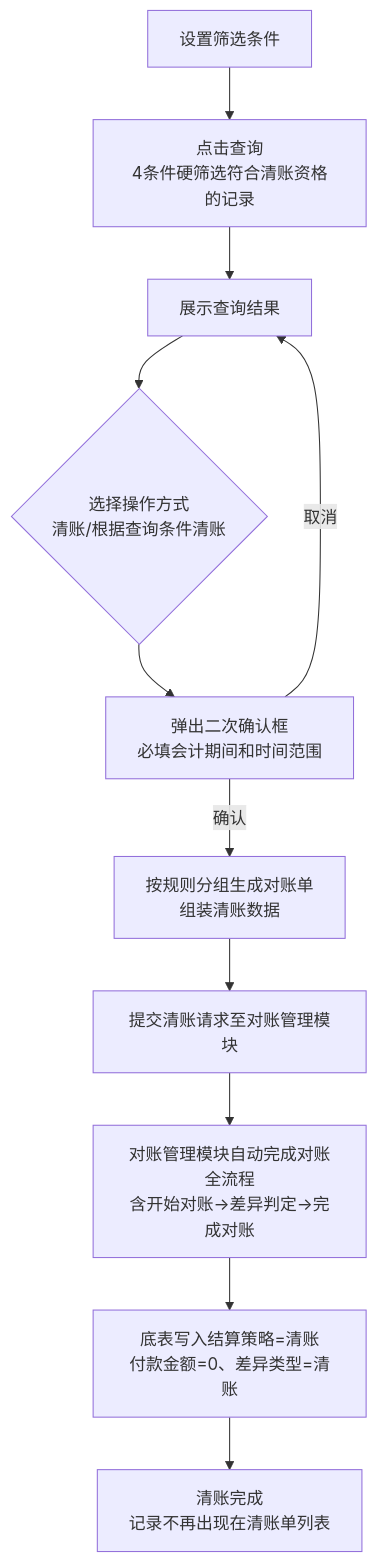
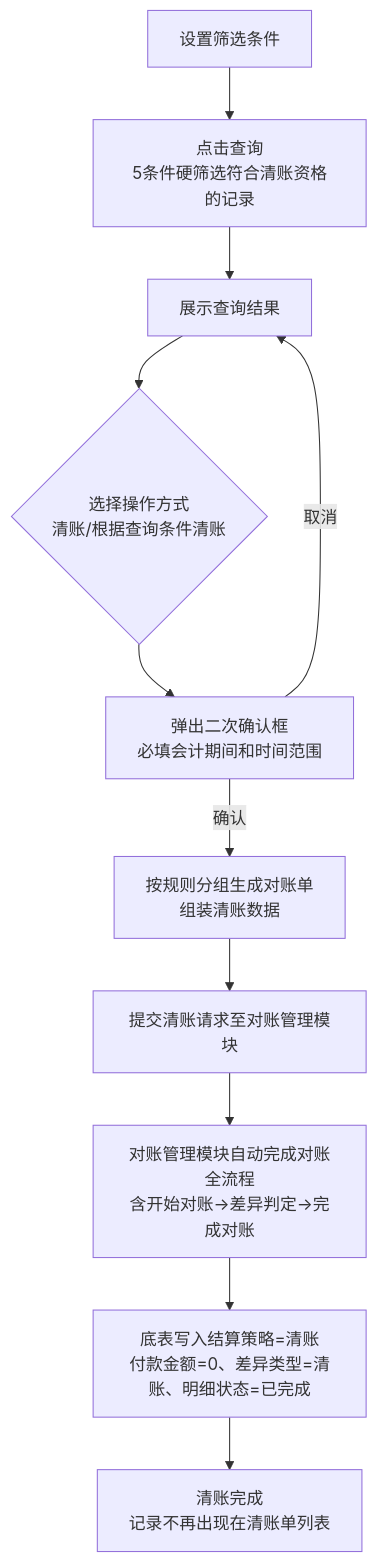
Before and after one commit to ljfjzgz/ljfjzgz.github.io: the diagram in PRDdocs（对账单）/02-清账单/清账单列表.md, drawn with Mermaid. The commit also changed other lines of this file and 10 other files, not shown here.

````diff
--- a/PRDdocs（对账单）/02-清账单/清账单列表.md
+++ b/PRDdocs（对账单）/02-清账单/清账单列表.md
@@ -89,13 +90,13 @@
 ```mermaid
 flowchart TD
-    A[设置筛选条件] --> B[点击查询<br/>4条件硬筛选符合清账资格的记录]
+    A[设置筛选条件] --> B[点击查询<br/>5条件硬筛选符合清账资格的记录]
     B --> C[展示查询结果]
     C --> D{选择操作方式<br/>清账/根据查询条件清账}
     D --> E[弹出二次确认框<br/>必填会计期间和时间范围]
     E -->|取消| C
     E -->|确认| F[按规则分组生成对账单<br/>组装清账数据]
     F --> G[提交清账请求至对账管理模块]
     G --> H[对账管理模块自动完成对账全流程<br/>含开始对账→差异判定→完成对账]
-    H --> I[底表写入结算策略=清账<br/>付款金额=0、差异类型=清账]
+    H --> I[底表写入结算策略=清账<br/>付款金额=0、差异类型=清账、明细状态=已完成]
     I --> J[清账完成<br/>记录不再出现在清账单列表]
 ```
````
